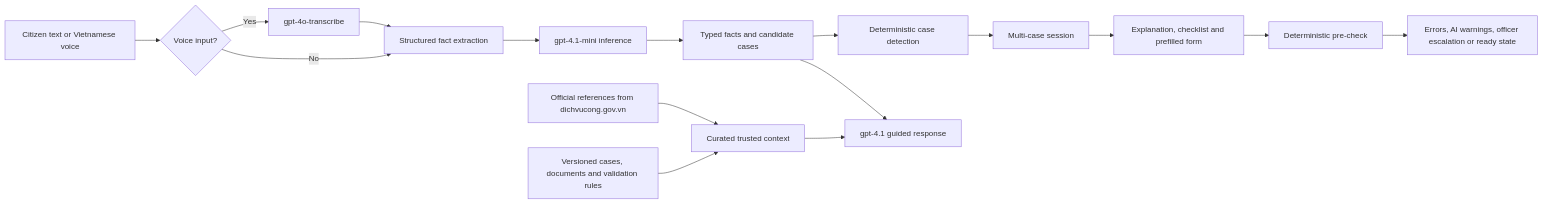
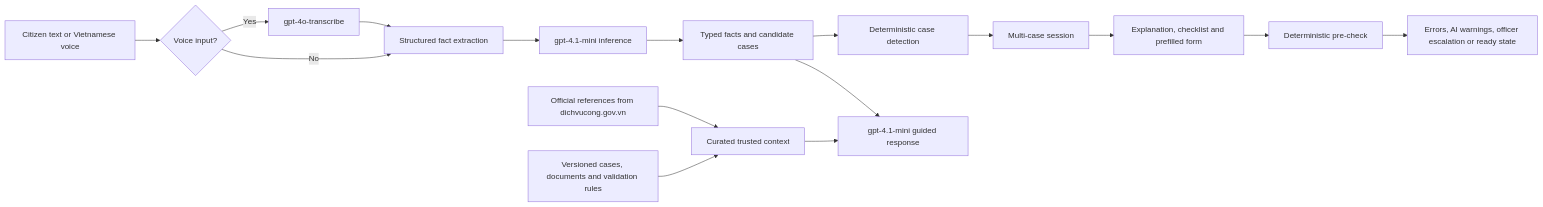
The second of 2 diagrams in README.md (mudotet/AI-guided-public-service-procedures-Lonely-Stone-), drawn with Mermaid before and after one commit. The commit also changed other lines of this file and 10 other files, not shown here.

````diff
--- a/README.md
+++ b/README.md
@@ -74,21 +74,21 @@
 ```mermaid
 flowchart LR
     Input[Citizen text or Vietnamese voice] --> Speech{Voice input?}
     Speech -->|Yes| Transcript[gpt-4o-transcribe]
     Speech -->|No| Extract
     Transcript --> Extract[Structured fact extraction]
 
     Extract --> Classifier[gpt-4.1-mini inference]
     Classifier --> Facts[Typed facts and candidate cases]
     Facts --> Detector[Deterministic case detection]
 
     Official[Official references from dichvucong.gov.vn] --> Context[Curated trusted context]
     RulesDB[Versioned cases, documents and validation rules] --> Context
-    Context --> Assistant[gpt-4.1 guided response]
+    Context --> Assistant[gpt-4.1-mini guided response]
     Facts --> Assistant
 
     Detector --> MultiCase[Multi-case session]
     MultiCase --> Output[Explanation, checklist and prefilled form]
     Output --> Precheck[Deterministic pre-check]
     Precheck --> Result[Errors, AI warnings, officer escalation or ready state]
 ```
````
